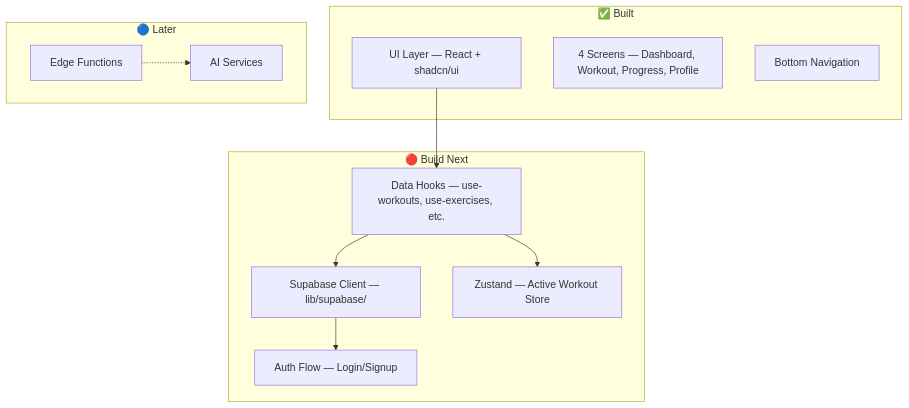
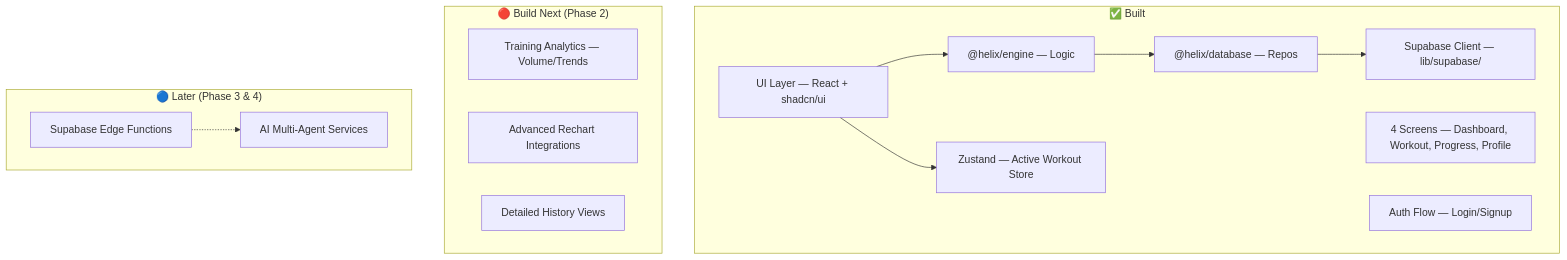
The diagram in task_tracker.md (mr-talukdar/helix-client), drawn with Mermaid before and after one commit. The commit also changed other lines of this file and 5 other files, not shown here.

````diff
--- a/task_tracker.md
+++ b/task_tracker.md
@@ -138,26 +81,29 @@
 ```mermaid
 graph TD
     subgraph Done["✅ Built"]
         UI["UI Layer — React + shadcn/ui"]
         Pages["4 Screens — Dashboard, Workout, Progress, Profile"]
-        Nav["Bottom Navigation"]
+        Auth["Auth Flow — Login/Signup"]
+        SB["Supabase Client — lib/supabase/"]
+        Store["Zustand — Active Workout Store"]
+        Engine["@helix/engine — Logic"]
+        DB["@helix/database — Repos"]
     end
 
-    subgraph Next["🔴 Build Next"]
-        Auth["Auth Flow — Login/Signup"]
-        SB["Supabase Client — lib/supabase/"]
-        Hooks["Data Hooks — use-workouts, use-exercises, etc."]
-        Store["Zustand — Active Workout Store"]
+    subgraph Next["🔴 Build Next (Phase 2)"]
+        Analytics["Training Analytics — Volume/Trends"]
+        Charts["Advanced Rechart Integrations"]
+        History["Detailed History Views"]
     end
 
-    subgraph Future["🔵 Later"]
-        Edge["Edge Functions"]
-        AI["AI Services"]
+    subgraph Future["🔵 Later (Phase 3 & 4)"]
+        Edge["Supabase Edge Functions"]
+        AI["AI Multi-Agent Services"]
     end
 
-    UI --> Hooks
-    Hooks --> SB
-    SB --> Auth
-    Hooks --> Store
+    UI --> Engine
+    Engine --> DB
+    DB --> SB
+    UI --> Store
     Edge -.-> AI
 ```
````
